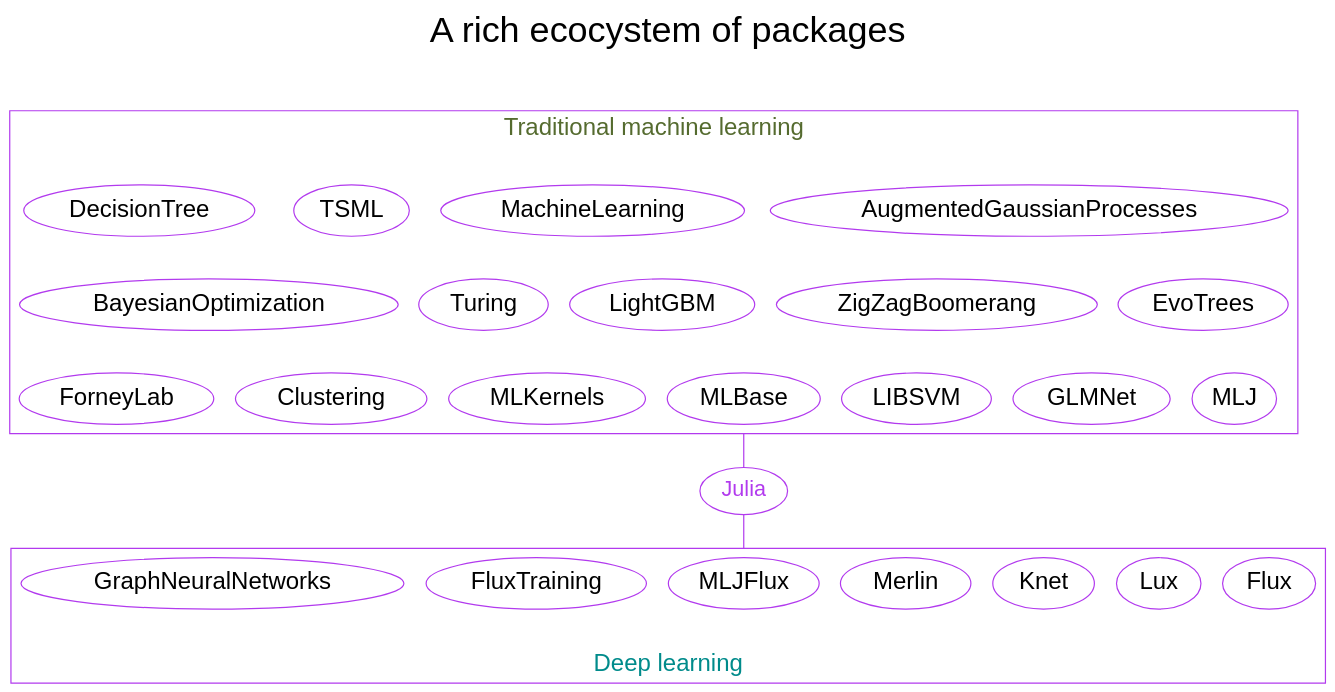
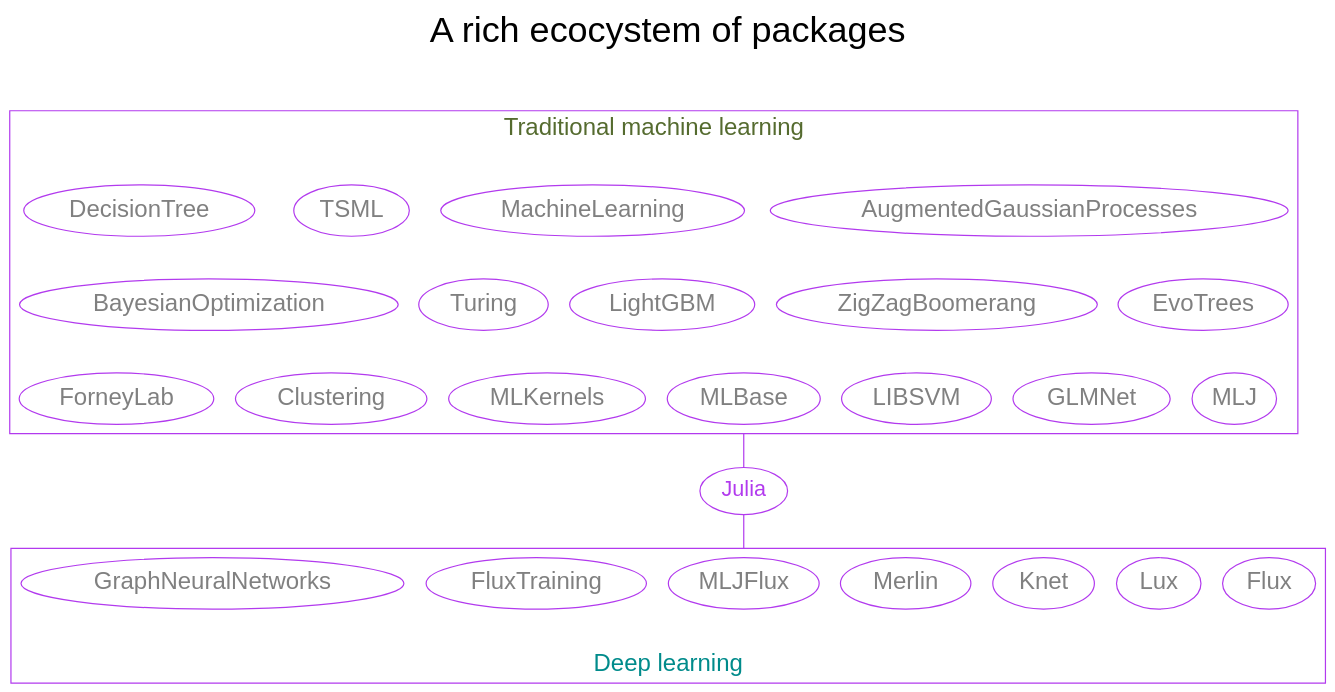
One commit to WestDRI/arc-training changed the tenth of 24 diagrams in ai/wb_frameworks_content.qmd. Above: the diagram before and after it, drawn with Graphviz. The commit also changed other lines of this file, not shown here.

Commit message:
make frameworks content diagrams readable in dark mode

````diff
--- a/ai/wb_frameworks_content.qmd
+++ b/ai/wb_frameworks_content.qmd
@@ -455,56 +455,56 @@
 ```{dot}
 //| echo: false
 
 strict graph {
 
   label="A rich ecocystem of packages\n\n"
   labelloc=t
   fontsize=30
 
   bgcolor="transparent"
   graph [fontname="Inconsolata, sans-serif"]
-  node [fontname="Inconsolata, sans-serif", color=darkorchid2]
+  node [fontname="Inconsolata, sans-serif", color=darkorchid2, fontcolor=grey]
   edge [color="#8c8c8c"]
   compound=true
 
   subgraph cluster_ml {
 	label="Traditional machine learning\n\n"
 	color=darkorchid2
 	fontcolor=darkolivegreen
 	fontsize=20
 	edge [style=invis]
 	node [fontsize=20]
 	{rank=same; AugmentedGaussianProcesses MachineLearning TSML DecisionTree}
 	{rank=same; EvoTrees ZigZagBoomerang LightGBM Turing BayesianOptimization}
 	{rank=same; MLJ GLMNet LIBSVM MLBase MLKernels Clustering ForneyLab}
 	AugmentedGaussianProcesses -- EvoTrees -- MLJ
   }
 
   subgraph cluster_dl {
 	label="\nDeep learning"
 	color=darkorchid2
 	fontcolor=darkcyan
 	fontsize=20
 	labelloc=b
 	node [fontsize=20]
 	Flux Lux Knet Merlin MLJFlux FluxTraining GraphNeuralNetworks
   }
 
   Flux [URL="https://github.com/FluxML/Flux.jl"]
   Lux [URL="https://github.com/LuxDL/"]
   Knet [URL="https://github.com/denizyuret/Knet.jl"]
   Merlin [URL=""]
   MLJFlux [URL=""]
   FluxTraining [URL=""]
   GraphNeuralNetworks [URL=""]
   MLJ [URL="https://github.com/alan-turing-institute/MLJ.jl"]
   Turing [URL="https://github.com/TuringLang/Turing.jl"]
 
   Julia [fontsize=18]
   Julia [fontcolor=darkorchid2, URL="https://julialang.org/"]
 
   MLBase -- Julia [ltail=cluster_ml, color=darkorchid2]
   Julia -- MLJFlux [lhead=cluster_dl, color=darkorchid2]
 
 }
 ```
````
